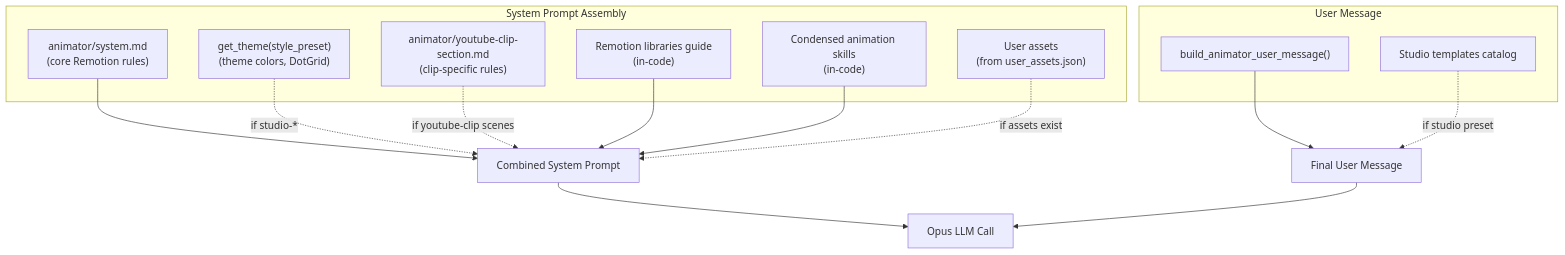
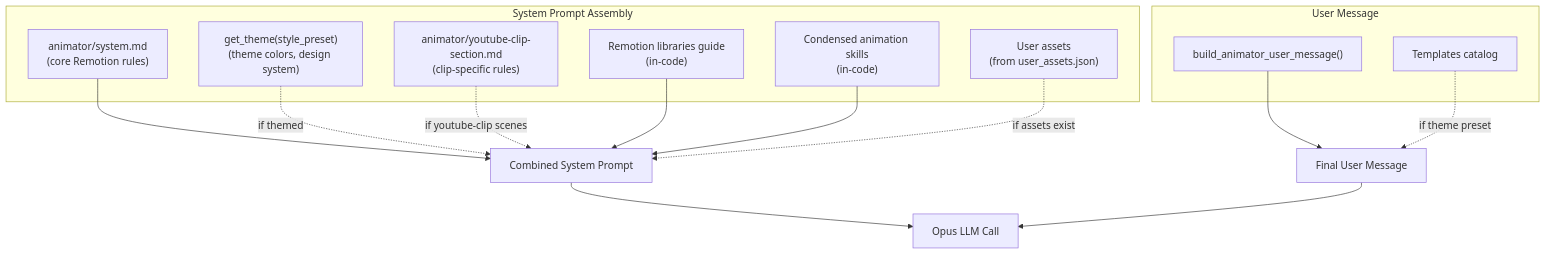
The third of 6 diagrams in packages/worker/src/prompts/README.md (rhythmshandlya/viona), drawn with Mermaid before and after one commit. The commit also changed other lines of this file and 34 other files, not shown here.

````diff
--- a/packages/worker/src/prompts/README.md
+++ b/packages/worker/src/prompts/README.md
@@ -147,29 +147,29 @@
 ```mermaid
 graph TB
     subgraph "System Prompt Assembly"
         BASE["animator/system.md<br/>(core Remotion rules)"]
-        STUDIO_SEC["get_theme(style_preset)<br/>(theme colors, DotGrid)"]
+        THEME_SEC["get_theme(style_preset)<br/>(theme colors, design system)"]
         YT_SEC["animator/youtube-clip-section.md<br/>(clip-specific rules)"]
         LIBS["Remotion libraries guide<br/>(in-code)"]
         SKILLS["Condensed animation skills<br/>(in-code)"]
         ASSETS["User assets<br/>(from user_assets.json)"]
     end
 
     BASE --> COMBINED["Combined System Prompt"]
-    STUDIO_SEC -.->|"if studio-*"| COMBINED
+    THEME_SEC -.->|"if themed"| COMBINED
     YT_SEC -.->|"if youtube-clip scenes"| COMBINED
     LIBS --> COMBINED
     SKILLS --> COMBINED
     ASSETS -.->|"if assets exist"| COMBINED
 
     subgraph "User Message"
         ANIM_USER["build_animator_user_message()"]
-        TMPL_CAT["Studio templates catalog"]
+        TMPL_CAT["Templates catalog"]
     end
 
     ANIM_USER --> USER_MSG["Final User Message"]
-    TMPL_CAT -.->|"if studio preset"| USER_MSG
+    TMPL_CAT -.->|"if theme preset"| USER_MSG
 
     COMBINED --> LLM["Opus LLM Call"]
     USER_MSG --> LLM
 ```
````
